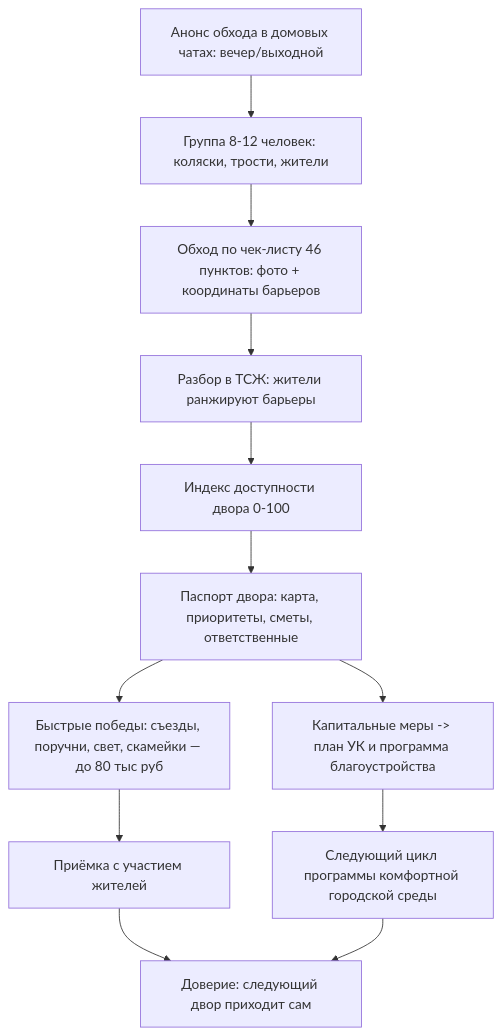
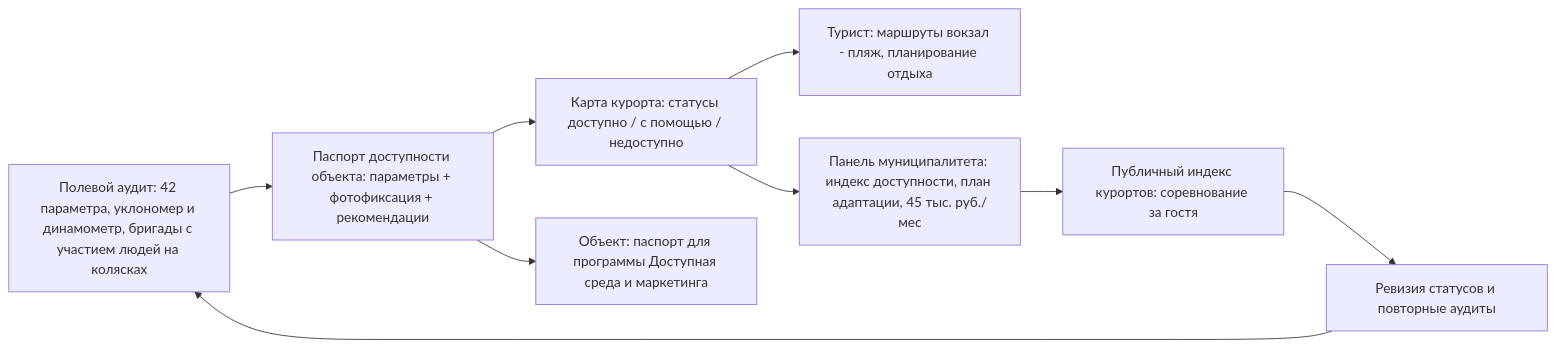
Before and after one commit to Igorr112323/-IQYOGOD: the diagram in drug_ilya_novikova/05_transport_construction/images/dvor_process.mmd, drawn with Mermaid. The commit also changed 33 other files, not shown here.

```diff
--- a/drug_ilya_novikova/05_transport_construction/images/dvor_process.mmd
+++ b/drug_ilya_novikova/05_transport_construction/images/dvor_process.mmd
@@ -1,13 +1,10 @@
-%% ДВОР БЕЗ СТУПЕНЕЙ: процесс аудита и адаптации
-flowchart TD
-    A[Анонс обхода в домовых чатах: вечер/выходной] --> B[Группа 8-12 человек: коляски, трости, жители]
-    B --> C[Обход по чек-листу 46 пунктов: фото + координаты барьеров]
-    C --> D[Разбор в ТСЖ: жители ранжируют барьеры]
-    D --> E[Индекс доступности двора 0-100]
-    E --> F[Паспорт двора: карта, приоритеты, сметы, ответственные]
-    F --> G[Быстрые победы: съезды, поручни, свет, скамейки — до 80 тыс руб]
-    F --> H[Капитальные меры -> план УК и программа благоустройства]
-    G --> I[Приёмка с участием жителей]
-    H --> J[Следующий цикл программы комфортной городской среды]
-    I --> K[Доверие: следующий двор приходит сам]
-    J --> K
+%% ДОСТУПНЫЙ КУРОРТ: контур продукта
+flowchart LR
+    A[Полевой аудит: 42 параметра, уклономер и динамометр, бригады с участием людей на колясках] --> P[Паспорт доступности объекта: параметры + фотофиксация + рекомендации]
+    P --> M[Карта курорта: статусы доступно / с помощью / недоступно]
+    P --> F[Объект: паспорт для программы Доступная среда и маркетинга]
+    M --> T[Турист: маршруты вокзал - пляж, планирование отдыха]
+    M --> C[Панель муниципалитета: индекс доступности, план адаптации, 45 тыс. руб./мес]
+    C --> I[Публичный индекс курортов: соревнование за гостя]
+    I --> R[Ревизия статусов и повторные аудиты]
+    R --> A
```
